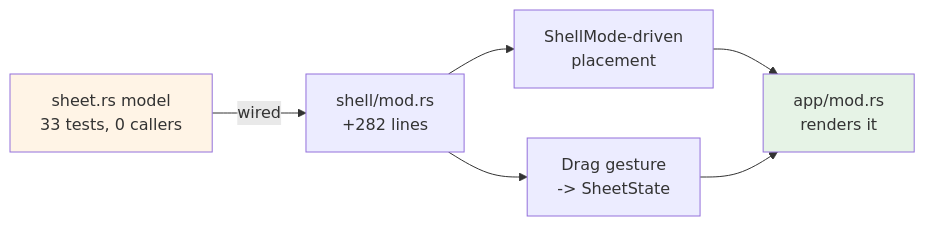
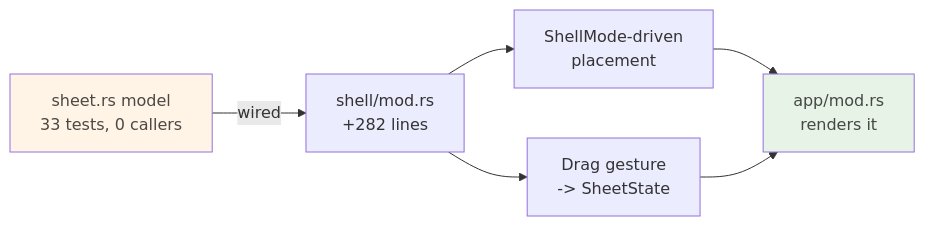
Before and after one commit to tom2025b/git-vista: the diagram in docs/adr/0035-inspector-bottom-sheet-wiring.md, drawn with Mermaid. The commit also changed 21 other files, not shown here.

````diff
--- a/docs/adr/0035-inspector-bottom-sheet-wiring.md
+++ b/docs/adr/0035-inspector-bottom-sheet-wiring.md
@@ -26,10 +26,10 @@
 ```mermaid
 flowchart LR
     A["sheet.rs model<br/>33 tests, 0 callers"] -->|"wired"| B["shell/mod.rs<br/>+282 lines"]
     B --> C["ShellMode-driven<br/>placement"]
     B --> D["Drag gesture<br/>-> SheetState"]
     C --> E["app/mod.rs<br/>renders it"]
     D --> E
-    style A fill:#fff4e6
-    style E fill:#e6f3e6
+    style A fill:#fff4e6,color:#4c4945
+    style E fill:#e6f3e6,color:#454845
 ```
````
